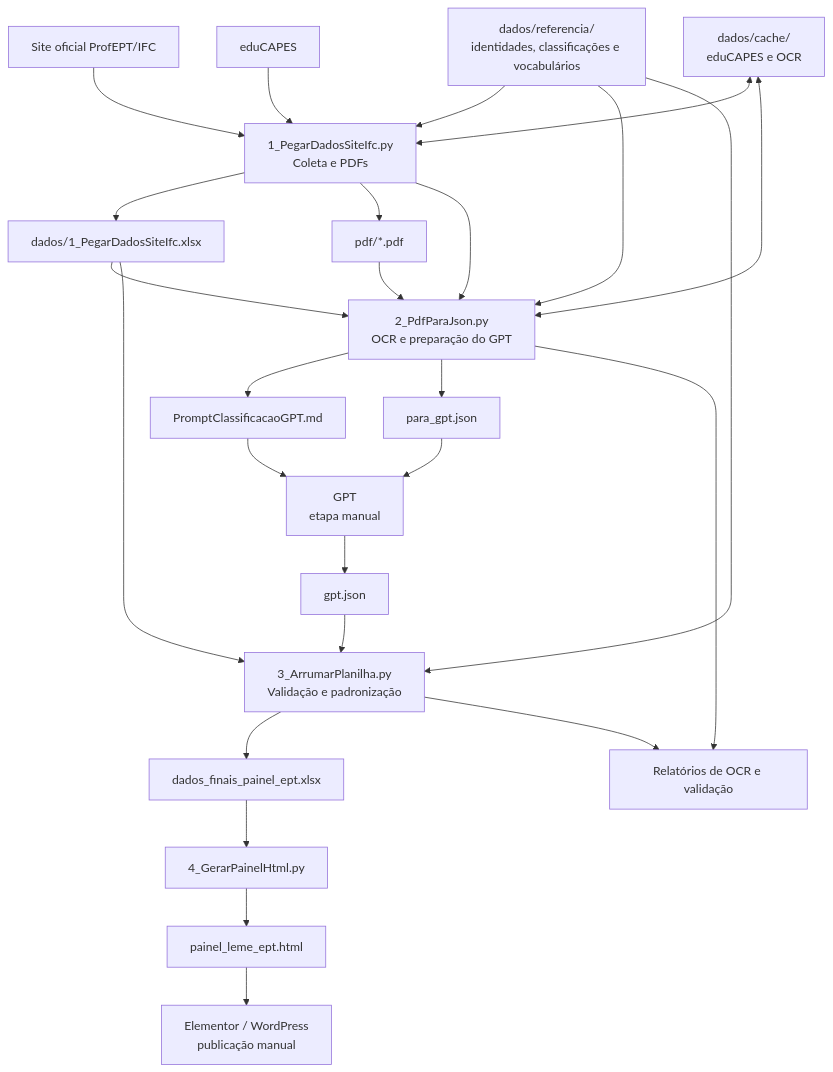
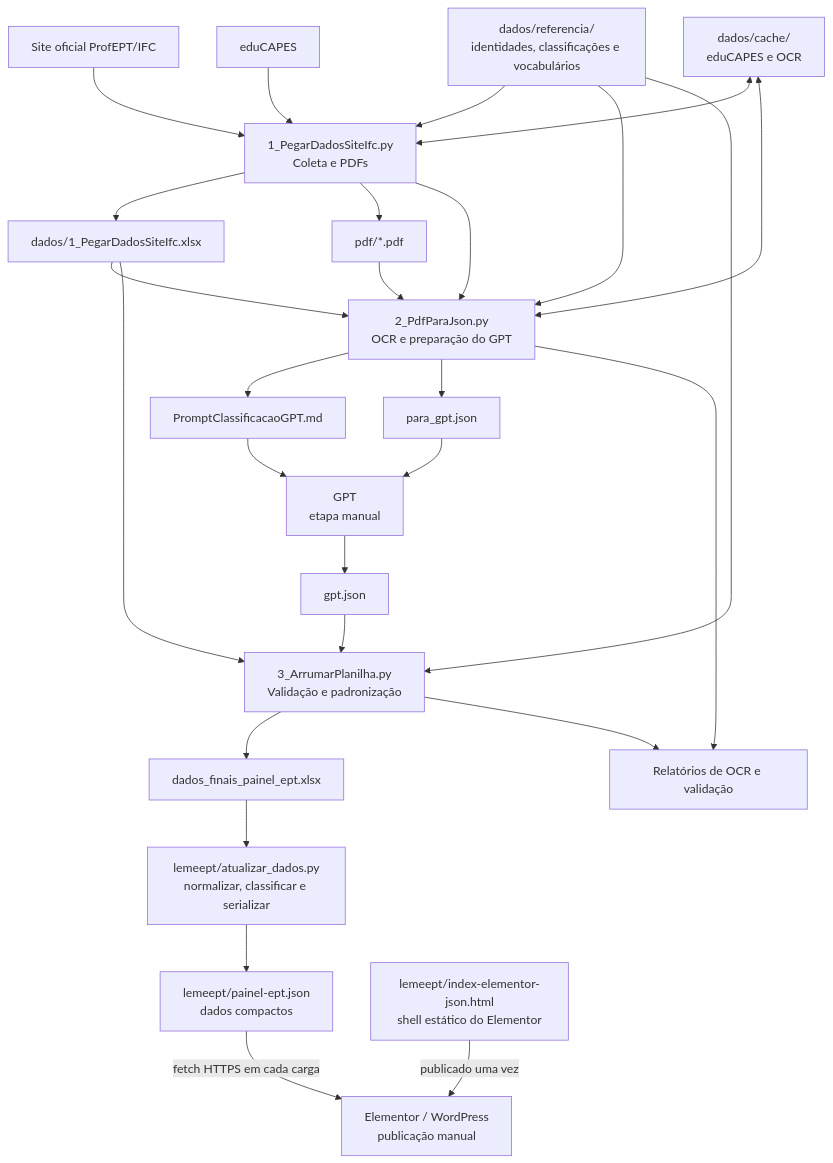
Before and after one commit to regi-lpf/lemeept: the first of 8 diagrams in DIAGRAMAS.md, drawn with Mermaid. The commit also changed other lines of this file and 15 other files, not shown here.

````diff
--- a/DIAGRAMAS.md
+++ b/DIAGRAMAS.md
@@ -9,47 +9,49 @@
 ```mermaid
 flowchart TD
     SITE["Site oficial ProfEPT/IFC"]
     EDU["eduCAPES"]
     E1["1_PegarDadosSiteIfc.py<br/>Coleta e PDFs"]
     REF["dados/referencia/<br/>identidades, classificações e vocabulários"]
     XLS1["dados/1_PegarDadosSiteIfc.xlsx"]
     PDF["pdf/*.pdf"]
     E2["2_PdfParaJson.py<br/>OCR e preparação do GPT"]
     CACHE["dados/cache/<br/>eduCAPES e OCR"]
     PROMPT["PromptClassificacaoGPT.md"]
     JSONIN["para_gpt.json"]
     GPT["GPT<br/>etapa manual"]
     JSONOUT["gpt.json"]
     E3["3_ArrumarPlanilha.py<br/>Validação e padronização"]
     XLS2["dados_finais_painel_ept.xlsx"]
     REL["Relatórios de OCR e validação"]
-    E4["4_GerarPainelHtml.py"]
-    HTML["painel_leme_ept.html"]
+    PIPE["lemeept/atualizar_dados.py<br/>normalizar, classificar e serializar"]
+    JSONP["lemeept/painel-ept.json<br/>dados compactos"]
+    HTML["lemeept/index-elementor-json.html<br/>shell estático do Elementor"]
     WP["Elementor / WordPress<br/>publicação manual"]
 
     SITE --> E1
     EDU --> E1
     REF --> E1
     E1 --> XLS1
     E1 --> PDF
     E1 --> E2
     XLS1 --> E2
     PDF --> E2
     REF --> E2
     CACHE <--> E1
     CACHE <--> E2
     E2 --> PROMPT
     E2 --> JSONIN
     E2 --> REL
     PROMPT --> GPT
     JSONIN --> GPT
     GPT --> JSONOUT
     JSONOUT --> E3
     XLS1 --> E3
     REF --> E3
     E3 --> XLS2
     E3 --> REL
-    XLS2 --> E4
-    E4 --> HTML
-    HTML --> WP
+    XLS2 --> PIPE
+    PIPE --> JSONP
+    HTML -->|publicado uma vez| WP
+    JSONP -->|fetch HTTPS em cada carga| WP
 ```
````
